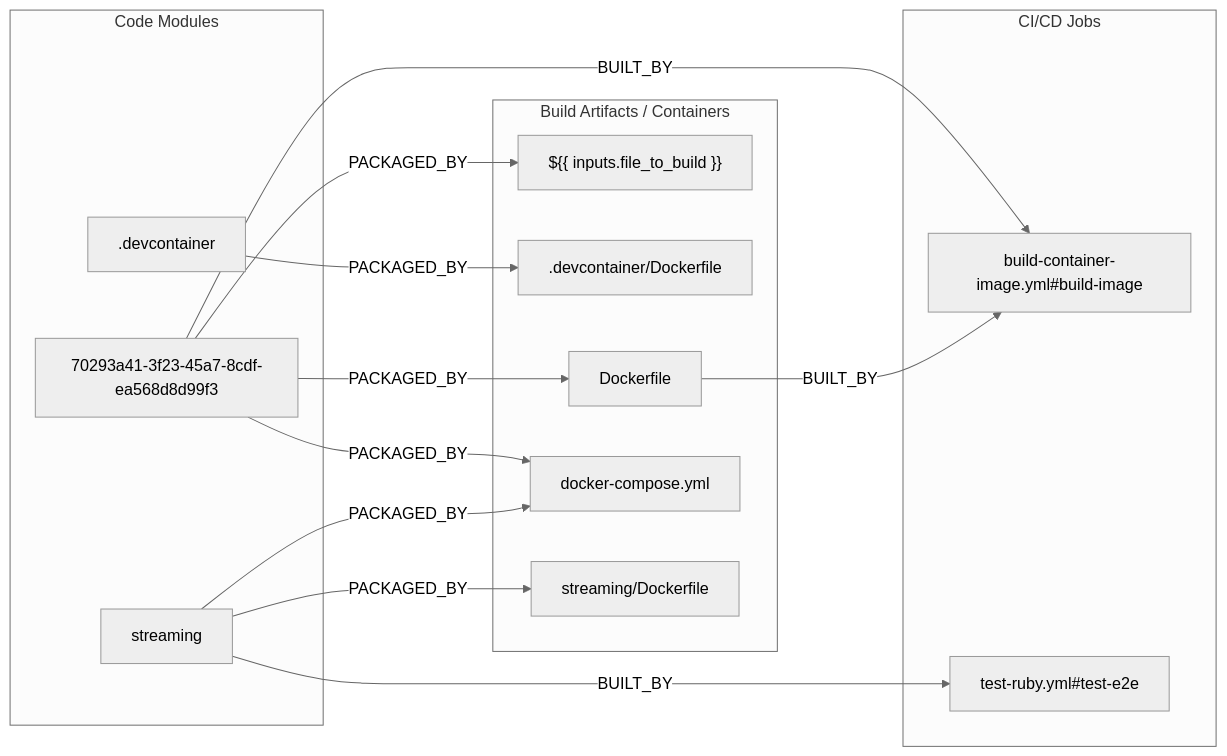
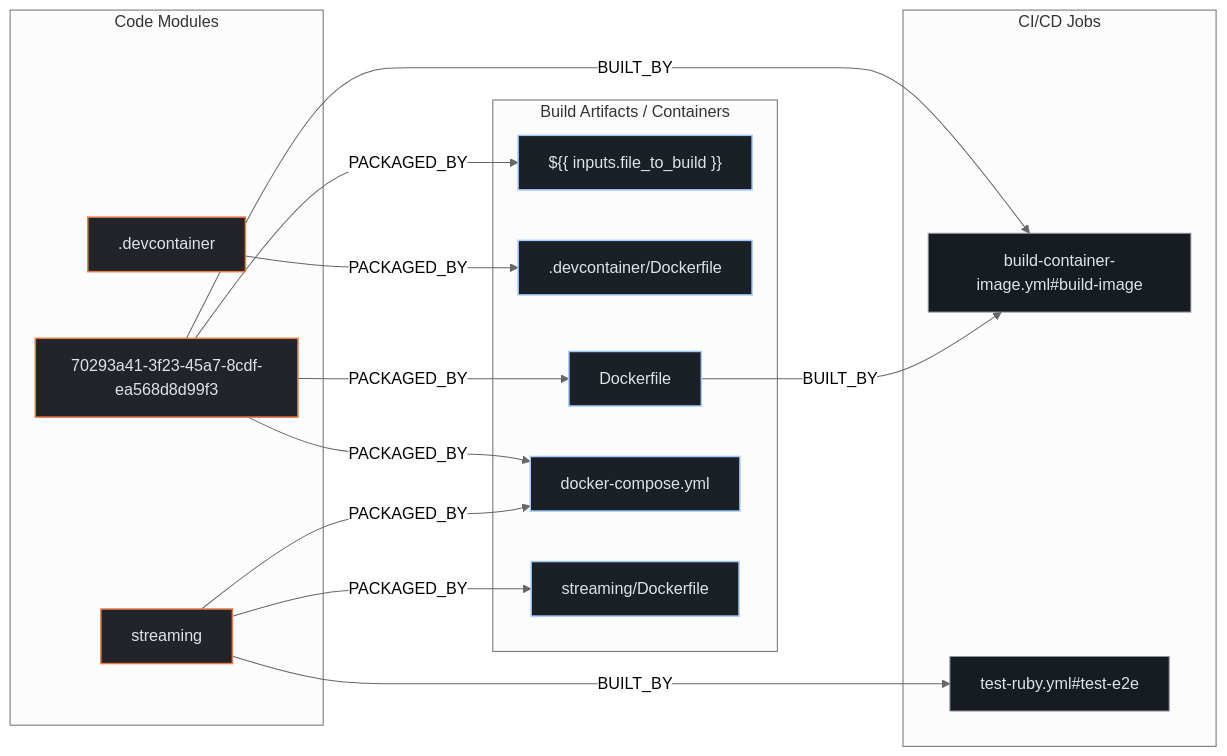
One commit to kumarshaz/atruss-code-atlas changed the second of 3 diagrams in exports/latest/reports/mastodon-mastodon-report.md. Above: the diagram before and after it, drawn with Mermaid (neutral theme). The commit also changed other lines of this file and 331 other files, not shown here.

Commit message:
docs,ui,fix: update SDLC docs, reorder CI/CD DAG first, stylize Mermaid, and fix Arc42 pipeline topology

````diff
--- a/exports/latest/reports/mastodon-mastodon-report.md
+++ b/exports/latest/reports/mastodon-mastodon-report.md
@@ -194,28 +201,32 @@
 ```mermaid
 flowchart LR
+    classDef atlasCategory fill:#212428,stroke:#E87A48,stroke-width:1.5px,color:#dfe3eb
+    classDef atlasWorkflow fill:#1b2026,stroke:#a3c9ff,stroke-width:1.5px,color:#dfe3eb
+    classDef atlasJob fill:#171c22,stroke:#8d9199,stroke-width:1px,color:#dfe3eb
+    classDef atlasTarget fill:#005227,stroke:#8bd99b,stroke-width:1.5px,color:#a7f6b6
     subgraph code_modules["Code Modules"]
-        mod__devcontainer[".devcontainer"]
-        mod_70293a41_3f23_45a7_8cdf_ea568d8d99f3["70293a41-3f23-45a7-8cdf-ea568d8d99f3"]
-        mod_streaming["streaming"]
+        mod__devcontainer[".devcontainer"]:::atlasCategory
+        mod_70293a41_3f23_45a7_8cdf_ea568d8d99f3["70293a41-3f23-45a7-8cdf-ea568d8d99f3"]:::atlasCategory
+        mod_streaming["streaming"]:::atlasCategory
     end
     subgraph build_artifacts["Build Artifacts / Containers"]
-        art_____inputs_file_to_build___["${{ inputs.file_to_build }}"]
-        art__devcontainer_Dockerfile[".devcontainer/Dockerfile"]
-        art_Dockerfile["Dockerfile"]
-        art_docker_compose_yml["docker-compose.yml"]
-        art_streaming_Dockerfile["streaming/Dockerfile"]
+        art_____inputs_file_to_build___["${{ inputs.file_to_build }}"]:::atlasWorkflow
+        art__devcontainer_Dockerfile[".devcontainer/Dockerfile"]:::atlasWorkflow
+        art_Dockerfile["Dockerfile"]:::atlasWorkflow
+        art_docker_compose_yml["docker-compose.yml"]:::atlasWorkflow
+        art_streaming_Dockerfile["streaming/Dockerfile"]:::atlasWorkflow
     end
     subgraph ci_jobs["CI/CD Jobs"]
-        job_build_container_image_yml_build_image["build-container-image.yml#build-image"]
-        job_test_ruby_yml_test_e2e["test-ruby.yml#test-e2e"]
+        job_build_container_image_yml_build_image["build-container-image.yml#build-image"]:::atlasJob
+        job_test_ruby_yml_test_e2e["test-ruby.yml#test-e2e"]:::atlasJob
     end
     mod__devcontainer -->|PACKAGED_BY| art__devcontainer_Dockerfile
     mod_70293a41_3f23_45a7_8cdf_ea568d8d99f3 -->|BUILT_BY| job_build_container_image_yml_build_image
     mod_70293a41_3f23_45a7_8cdf_ea568d8d99f3 -->|PACKAGED_BY| art_____inputs_file_to_build___
     mod_70293a41_3f23_45a7_8cdf_ea568d8d99f3 -->|PACKAGED_BY| art_Dockerfile
     mod_70293a41_3f23_45a7_8cdf_ea568d8d99f3 -->|PACKAGED_BY| art_docker_compose_yml
     mod_streaming -->|BUILT_BY| job_test_ruby_yml_test_e2e
     mod_streaming -->|PACKAGED_BY| art_docker_compose_yml
     mod_streaming -->|PACKAGED_BY| art_streaming_Dockerfile
     art_Dockerfile -->|BUILT_BY| job_build_container_image_yml_build_image
 ```
````
